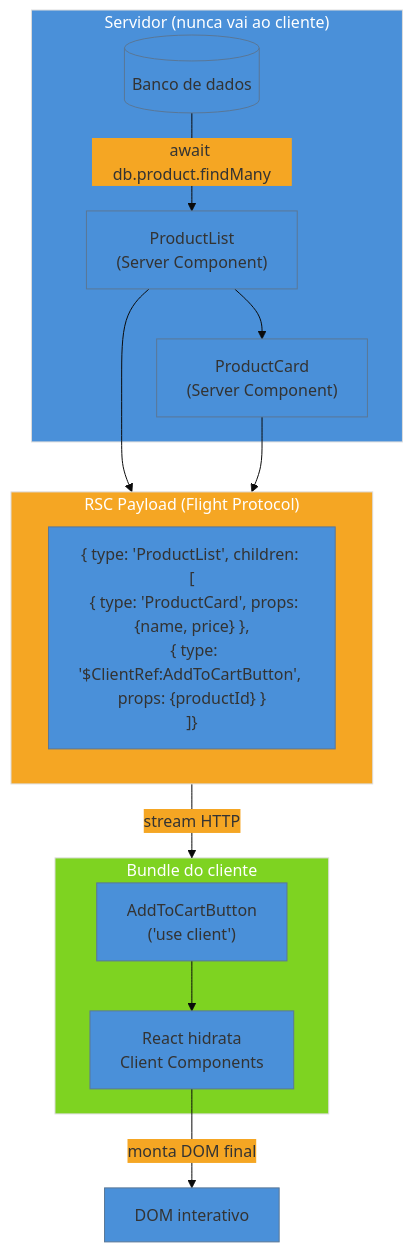
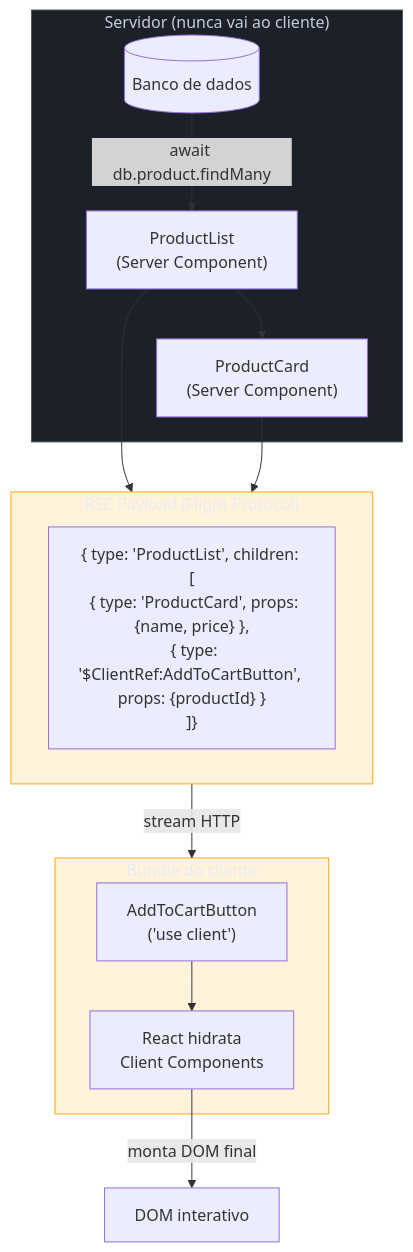
The second of 3 diagrams in 03-Dominios/Tecnologia/React/React core/23 - Server Components (RSC).md (josenaldo/codex-technomanticus), drawn with Mermaid before and after one commit. The commit also changed other lines of this file and 1181 other files, not shown here.

First line of the commit message:
fix(diagramas): paleta do sistema no lugar de cor cravada no markdown

````diff
--- a/03-Dominios/Tecnologia/React/React core/23 - Server Components (RSC).md
+++ b/03-Dominios/Tecnologia/React/React core/23 - Server Components (RSC).md
@@ -364,30 +363,31 @@
 ```mermaid
-%%{init: {"theme": "base", "themeVariables": {"primaryColor": "#4A90D9", "secondaryColor": "#F5A623", "tertiaryColor": "#f5f5f5"}}}%%
 graph TB
+    classDef neutro fill:#1B2029,stroke:#4E5666,color:#C6CCD8
+    classDef destaque fill:#FFAA0024,stroke:#FFAA00,color:#E9ECF2
     subgraph Servidor["Servidor (nunca vai ao cliente)"]
         SC1["ProductList\n(Server Component)"]
         SC2["ProductCard\n(Server Component)"]
         DB[(Banco de dados)]
     end
 
     subgraph Payload["RSC Payload (Flight Protocol)"]
         P["{ type: 'ProductList', children: [\n  { type: 'ProductCard', props: {name, price} },\n  { type: '$ClientRef:AddToCartButton', props: {productId} }\n]}"]
     end
 
     subgraph Cliente["Bundle do cliente"]
         CC["AddToCartButton\n('use client')"]
         HYD["React hidrata\nClient Components"]
     end
 
     DB -->|await db.product.findMany| SC1
     SC1 --> SC2
     SC1 --> Payload
     SC2 --> Payload
     Payload -->|stream HTTP| Cliente
     CC --> HYD
     HYD -->|monta DOM final| DOM["DOM interativo"]
 
-    style Servidor fill:#4A90D9,color:#fff
-    style Payload fill:#F5A623,color:#fff
-    style Cliente fill:#7ED321,color:#fff
+    class Servidor neutro
+    class Payload destaque
+    class Cliente destaque
 ```
````
